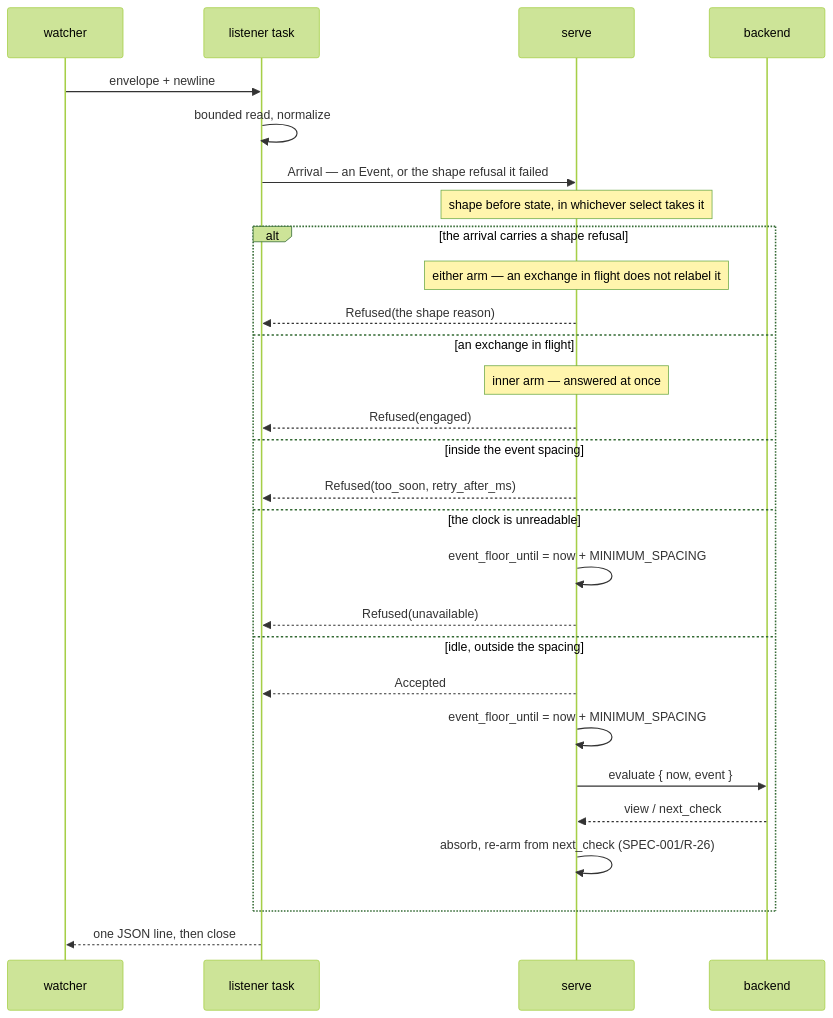
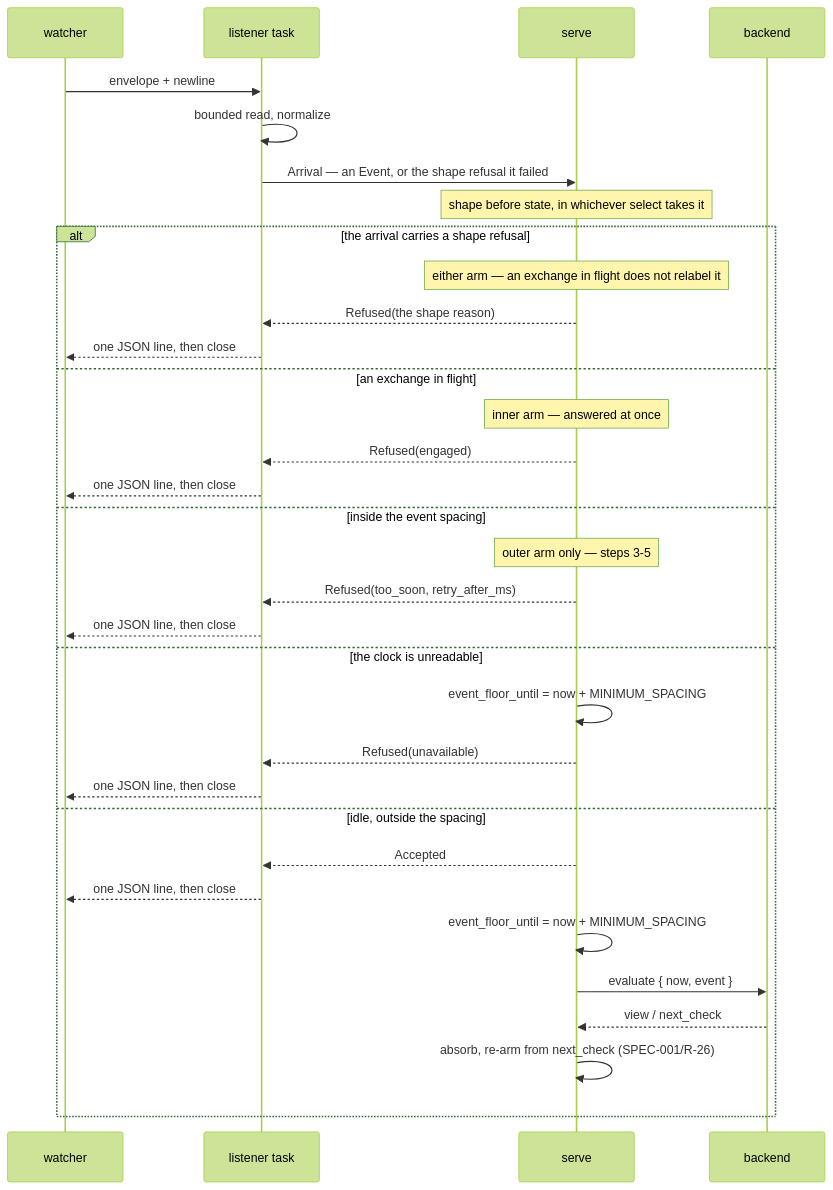
One commit to davidlee/goad changed the second of 2 diagrams in docs/slices/004/design.md. Above: the diagram before and after it, drawn with Mermaid (forest theme). The commit also changed other lines of this file and 4 other files, not shown here.

````diff
--- a/docs/slices/004/design.md
+++ b/docs/slices/004/design.md
@@ -439,31 +442,36 @@
 ```mermaid
 sequenceDiagram
   participant W as watcher
   participant L as listener task
   participant S as serve
   participant B as backend
 
   W->>L: envelope + newline
   L->>L: bounded read, normalize
   L->>S: Arrival — an Event, or the shape refusal it failed
   Note over S: shape before state, in whichever select takes it
   alt the arrival carries a shape refusal
     Note over S: either arm — an exchange in flight does not relabel it
     S-->>L: Refused(the shape reason)
+    L-->>W: one JSON line, then close
   else an exchange in flight
     Note over S: inner arm — answered at once
     S-->>L: Refused(engaged)
+    L-->>W: one JSON line, then close
   else inside the event spacing
+    Note over S: outer arm only — steps 3-5
     S-->>L: Refused(too_soon, retry_after_ms)
+    L-->>W: one JSON line, then close
   else the clock is unreadable
     S->>S: event_floor_until = now + MINIMUM_SPACING
     S-->>L: Refused(unavailable)
+    L-->>W: one JSON line, then close
   else idle, outside the spacing
     S-->>L: Accepted
+    L-->>W: one JSON line, then close
     S->>S: event_floor_until = now + MINIMUM_SPACING
     S->>B: evaluate { now, event }
     B-->>S: view / next_check
     S->>S: absorb, re-arm from next_check (SPEC-001/R-26)
   end
-  L-->>W: one JSON line, then close
 ```
````
